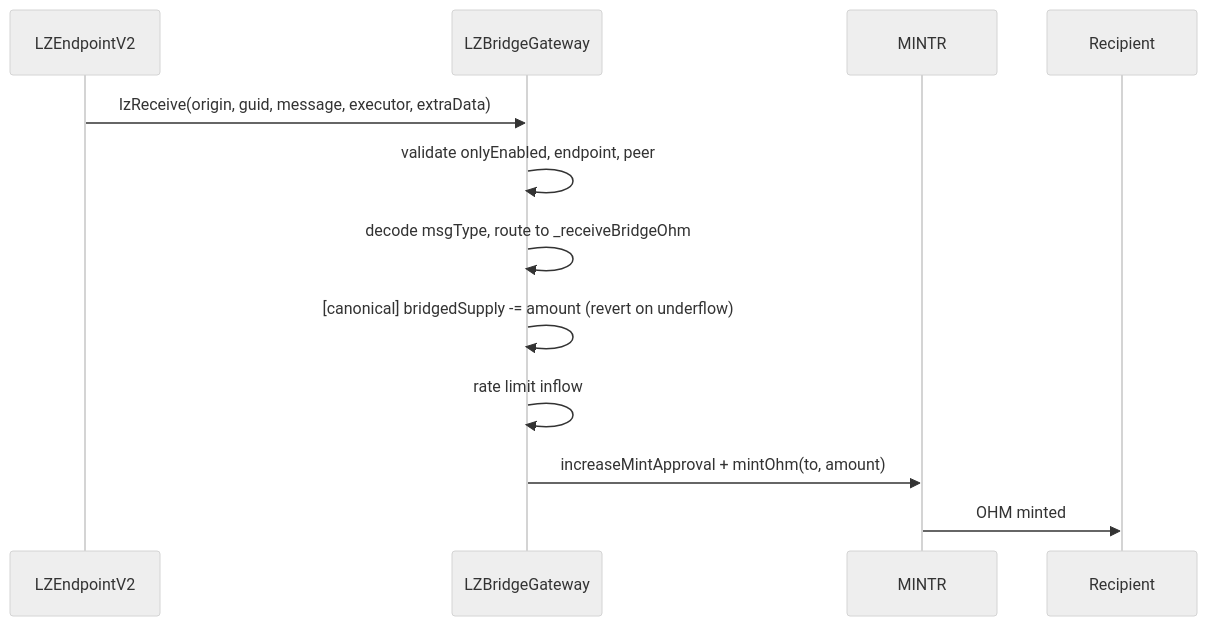
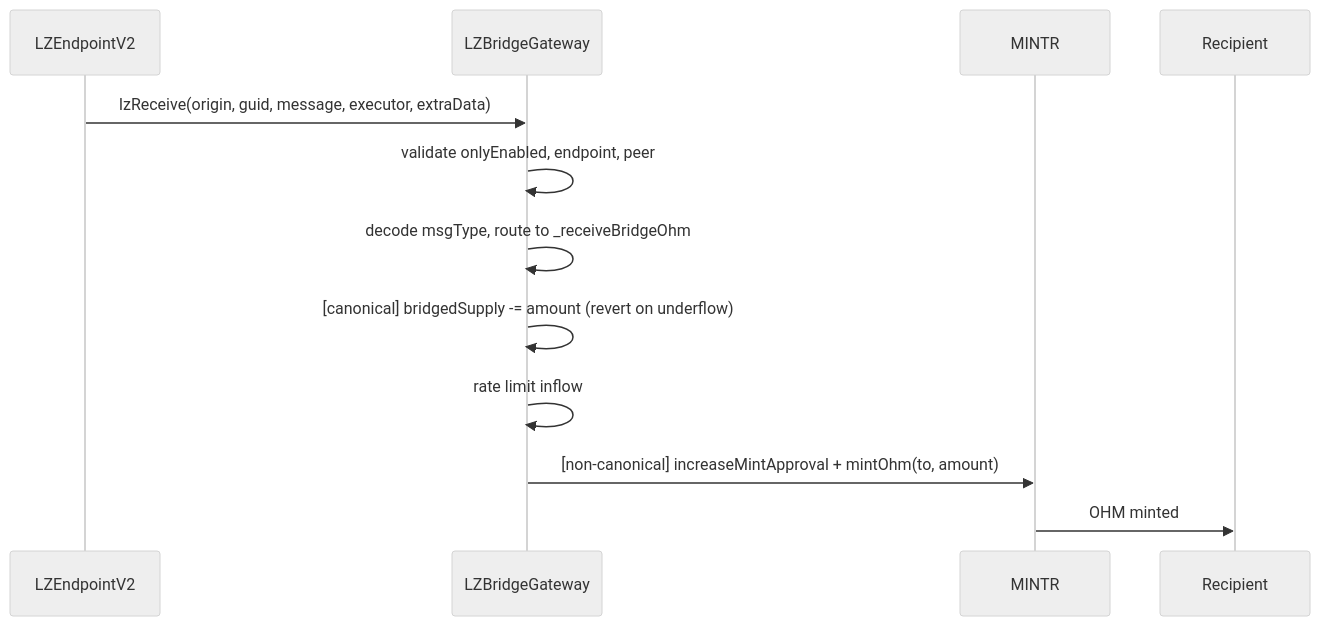
Before and after one commit to OlympusDAO/olympus-v3: the second of 2 diagrams in audit/2026-03_lz-bridge-upgrade/README.md, drawn with Mermaid (neutral theme). The commit also changed other lines of this file and 7 other files, not shown here.

````diff
--- a/audit/2026-03_lz-bridge-upgrade/README.md
+++ b/audit/2026-03_lz-bridge-upgrade/README.md
@@ -151,15 +151,15 @@
 ```mermaid
 sequenceDiagram
     participant LZEndpointV2
     participant LZBridgeGateway
     participant MINTR
     participant Recipient
 
     LZEndpointV2->>LZBridgeGateway: lzReceive(origin, guid, message, executor, extraData)
     LZBridgeGateway->>LZBridgeGateway: validate onlyEnabled, endpoint, peer
     LZBridgeGateway->>LZBridgeGateway: decode msgType, route to _receiveBridgeOhm
     LZBridgeGateway->>LZBridgeGateway: [canonical] bridgedSupply -= amount (revert on underflow)
     LZBridgeGateway->>LZBridgeGateway: rate limit inflow
-    LZBridgeGateway->>MINTR: increaseMintApproval + mintOhm(to, amount)
+    LZBridgeGateway->>MINTR: [non-canonical] increaseMintApproval + mintOhm(to, amount)
     MINTR->>Recipient: OHM minted
 ```
````
